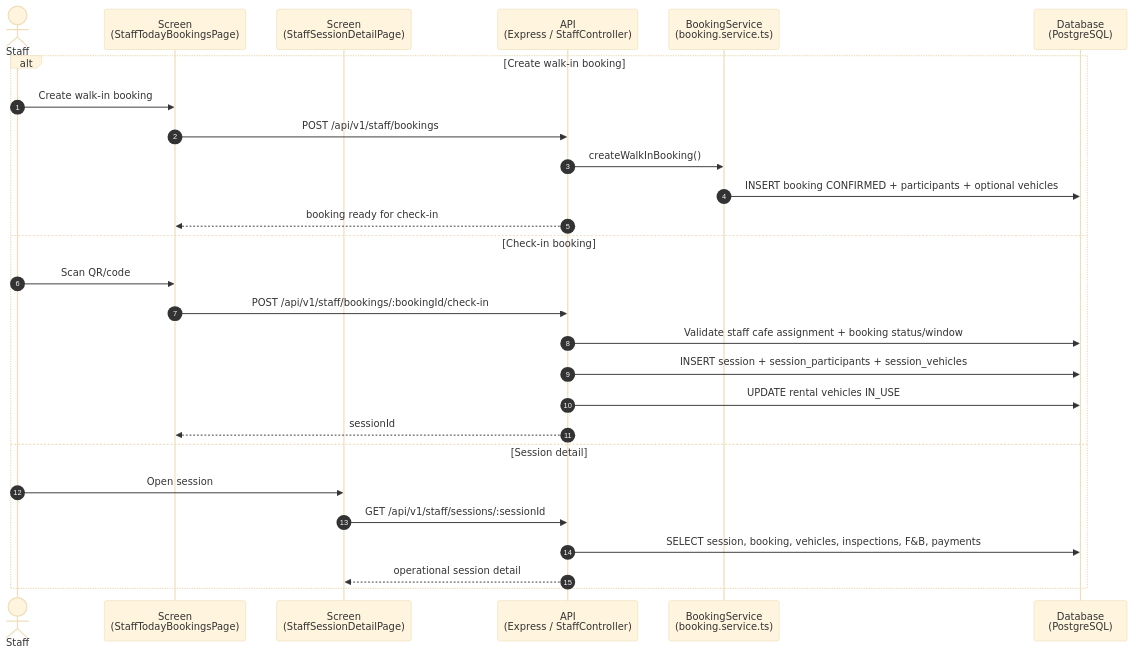
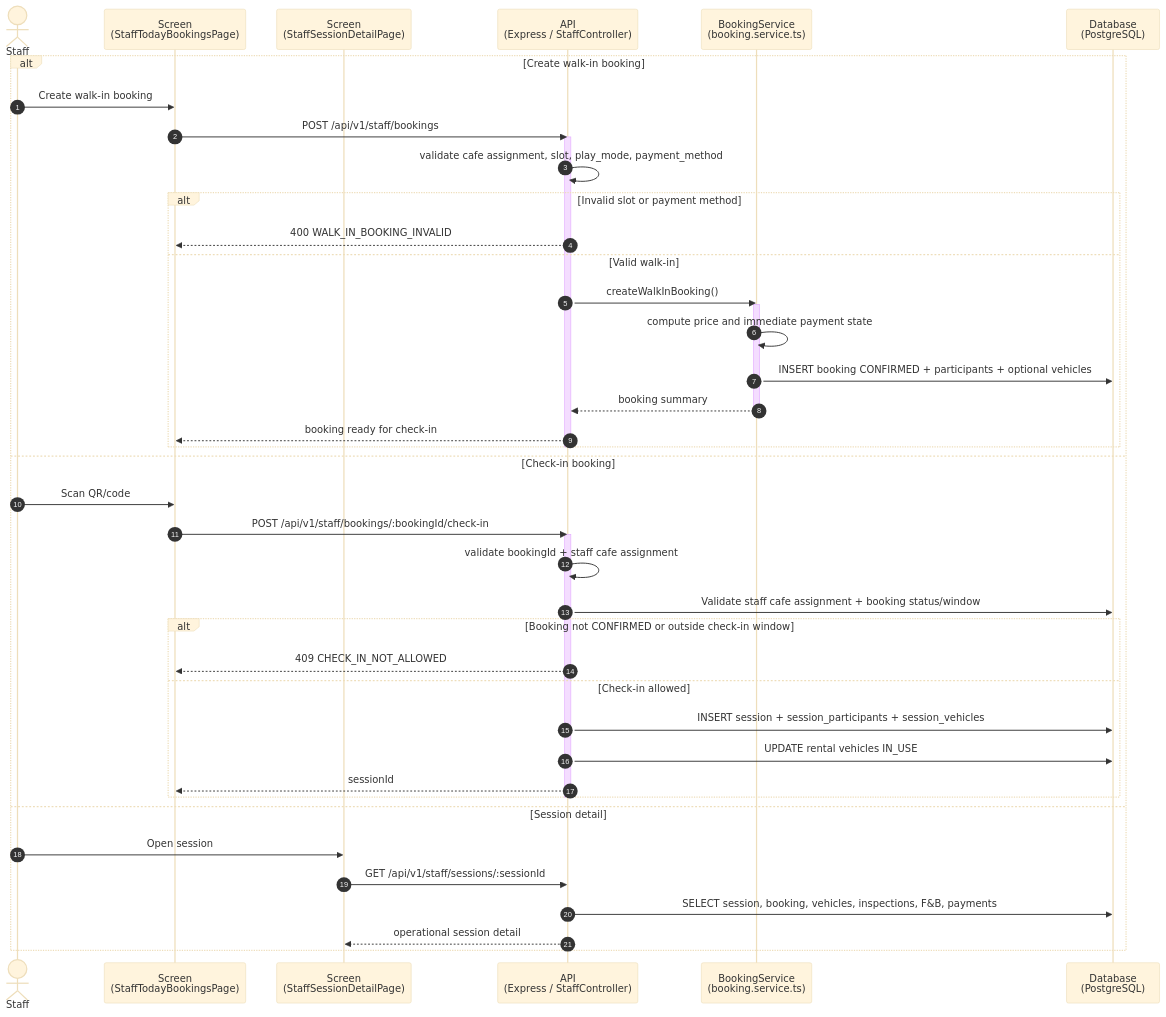
One commit to RCField-SEP490/rcfield-spec changed the second of 7 diagrams in docs/diagrams/sequence/sequence-flow-staff-operations.md. Above: the diagram before and after it, drawn with Mermaid (base theme). The commit also changed other lines of this file and 101 other files, not shown here.

````diff
--- a/docs/diagrams/sequence/sequence-flow-staff-operations.md
+++ b/docs/diagrams/sequence/sequence-flow-staff-operations.md
@@ -43,30 +64,48 @@
 ```mermaid
 sequenceDiagram
     autonumber
     actor S as Staff
     participant Today as Screen<br/>(StaffTodayBookingsPage)
     participant Detail as Screen<br/>(StaffSessionDetailPage)
     participant StaffAPI as API<br/>(Express / StaffController)
     participant BookingSvc as BookingService<br/>(booking.service.ts)
     participant DB as Database<br/>(PostgreSQL)
 
     alt Create walk-in booking
         S->>Today: Create walk-in booking
         Today->>StaffAPI: POST /api/v1/staff/bookings
+        activate StaffAPI
+        StaffAPI->>StaffAPI: validate cafe assignment, slot, play_mode, payment_method
+        alt Invalid slot or payment method
+            StaffAPI-->>Today: 400 WALK_IN_BOOKING_INVALID
+        else Valid walk-in
         StaffAPI->>BookingSvc: createWalkInBooking()
+        activate BookingSvc
+        BookingSvc->>BookingSvc: compute price and immediate payment state
         BookingSvc->>DB: INSERT booking CONFIRMED + participants + optional vehicles
+        BookingSvc-->>StaffAPI: booking summary
+        deactivate BookingSvc
         StaffAPI-->>Today: booking ready for check-in
+        end
+        deactivate StaffAPI
     else Check-in booking
         S->>Today: Scan QR/code
         Today->>StaffAPI: POST /api/v1/staff/bookings/:bookingId/check-in
+        activate StaffAPI
+        StaffAPI->>StaffAPI: validate bookingId + staff cafe assignment
         StaffAPI->>DB: Validate staff cafe assignment + booking status/window
+        alt Booking not CONFIRMED or outside check-in window
+            StaffAPI-->>Today: 409 CHECK_IN_NOT_ALLOWED
+        else Check-in allowed
         StaffAPI->>DB: INSERT session + session_participants + session_vehicles
         StaffAPI->>DB: UPDATE rental vehicles IN_USE
         StaffAPI-->>Today: sessionId
+        end
+        deactivate StaffAPI
     else Session detail
         S->>Detail: Open session
         Detail->>StaffAPI: GET /api/v1/staff/sessions/:sessionId
         StaffAPI->>DB: SELECT session, booking, vehicles, inspections, F&B, payments
         StaffAPI-->>Detail: operational session detail
     end
 ```
````
